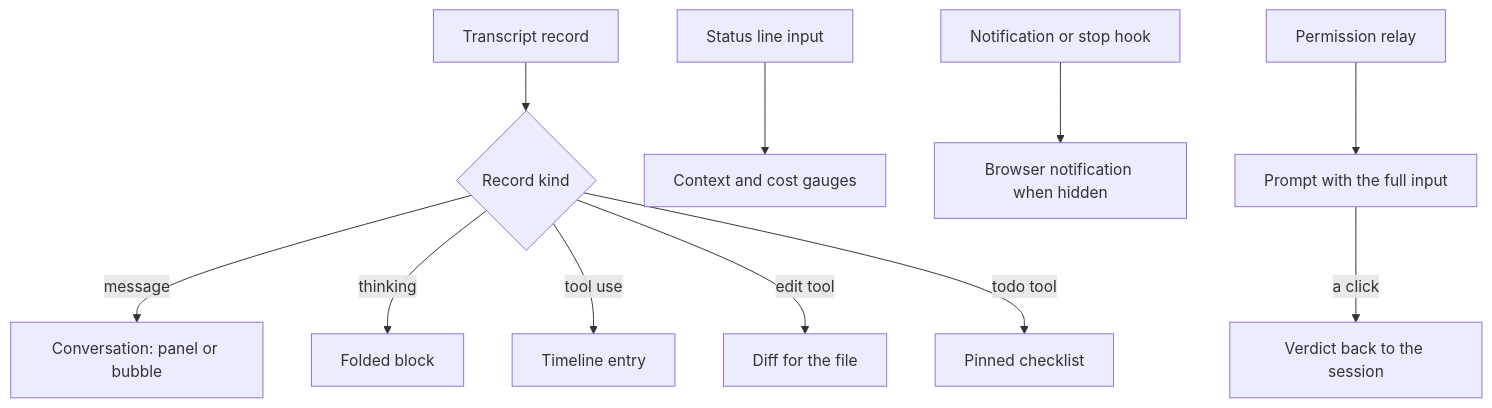
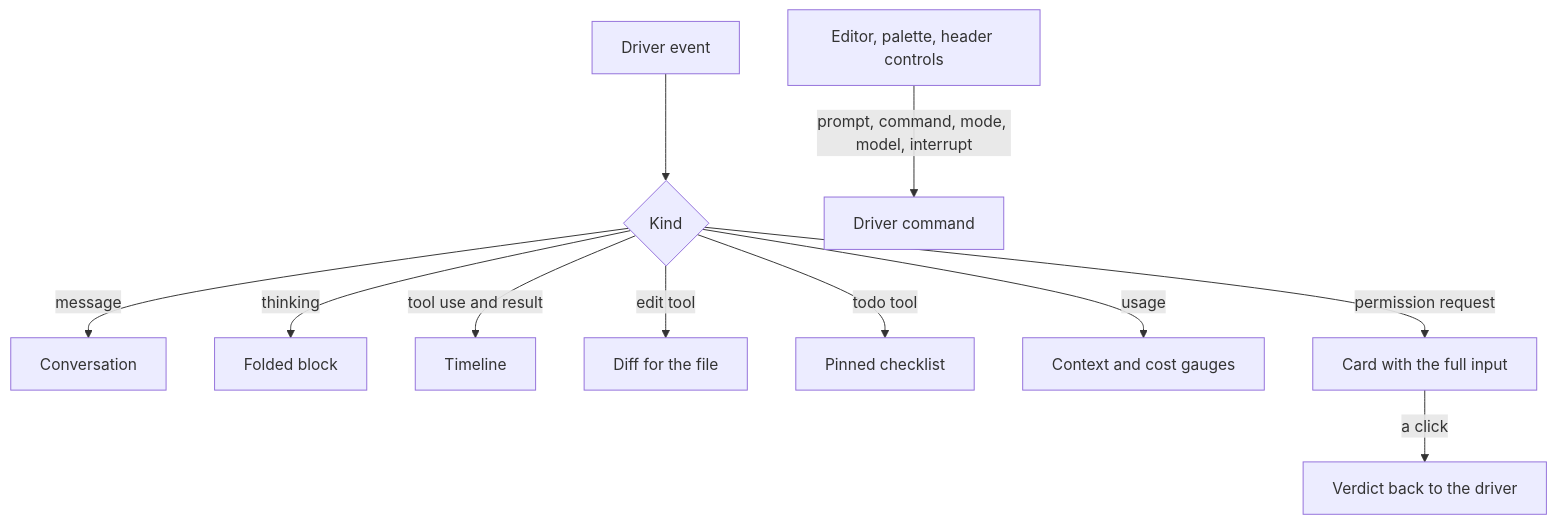
One commit to Esposter/Esposter changed the diagram in apps/web/content/docs/proposals/infra/agent-console/terminal-parity.md. Above: the diagram before and after it, drawn with Mermaid. The commit also changed other lines of this file and 13 other files, not shown here.

````diff
--- a/apps/web/content/docs/proposals/infra/agent-console/terminal-parity.md
+++ b/apps/web/content/docs/proposals/infra/agent-console/terminal-parity.md
@@ -39,12 +40,12 @@
 ```mermaid
 flowchart TD
-  T[Transcript record] --> K{Record kind}
-  K -->|message| C[Conversation: panel or bubble]
+  M[Driver event] --> K{Kind}
+  K -->|message| C[Conversation]
   K -->|thinking| F[Folded block]
-  K -->|tool use| L[Timeline entry]
+  K -->|tool use and result| L[Timeline]
   K -->|edit tool| D[Diff for the file]
   K -->|todo tool| P[Pinned checklist]
-  S[Status line input] --> G[Context and cost gauges]
-  H[Notification or stop hook] --> N[Browser notification when hidden]
-  R[Permission relay] --> A[Prompt with the full input] -->|a click| V[Verdict back to the session]
+  K -->|usage| G[Context and cost gauges]
+  K -->|permission request| A[Card with the full input] -->|a click| V[Verdict back to the driver]
+  E[Editor, palette, header controls] -->|prompt, command, mode, model, interrupt| DR[Driver command]
 ```
````
